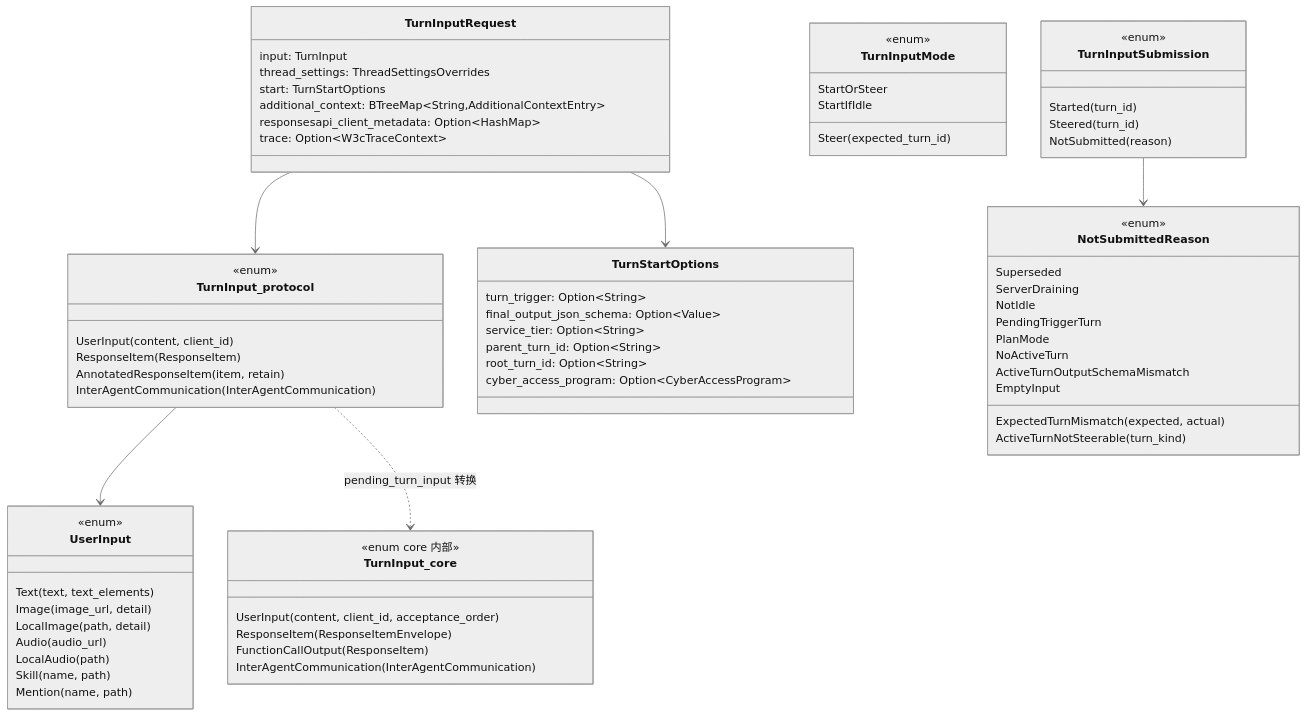
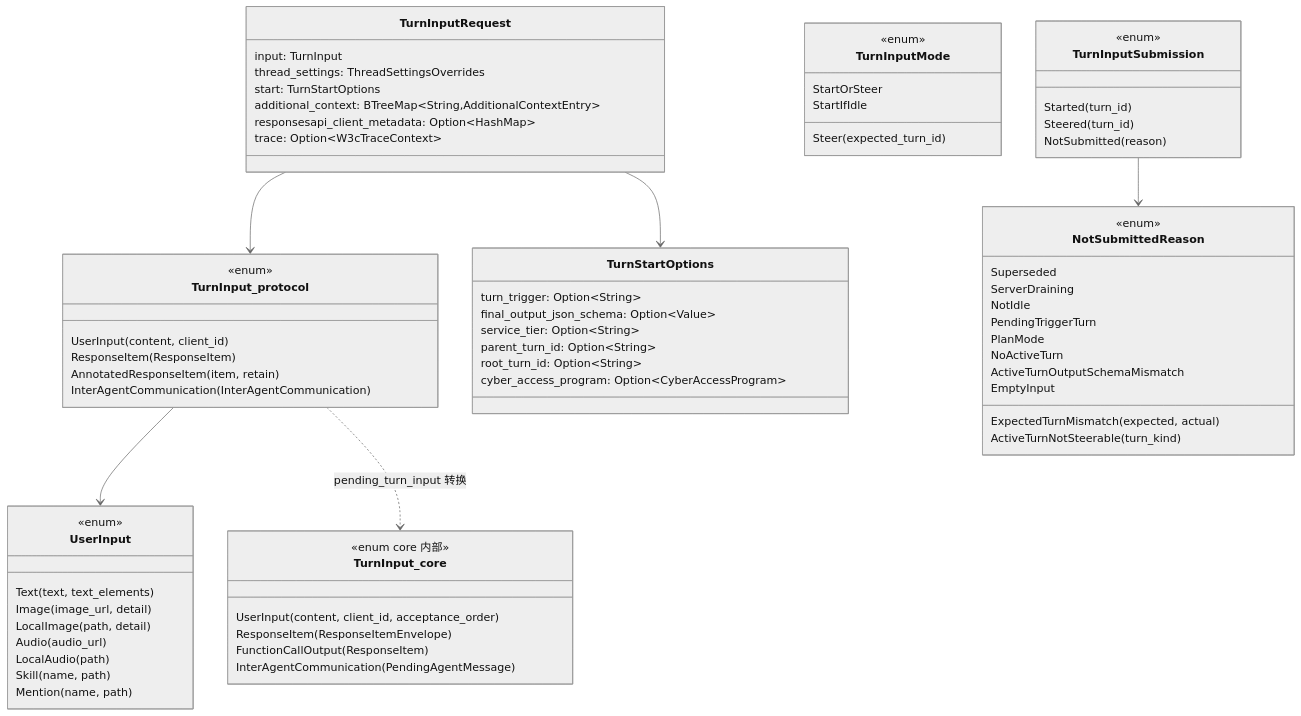
One commit to nickqiaoo/nickqiaoo.github.io changed the sixth of 32 diagrams in src/content/post/agents-codex/index.md. Above: the diagram before and after it, drawn with Mermaid (neutral theme). The commit also changed other lines of this file and 3 other files, not shown here.

````diff
--- a/src/content/post/agents-codex/index.md
+++ b/src/content/post/agents-codex/index.md
@@ -367,73 +369,73 @@
 ```mermaid
 classDiagram
   class UserInput {
     <<enum>>
     Text(text, text_elements)
     Image(image_url, detail)
     LocalImage(path, detail)
     Audio(audio_url)
     LocalAudio(path)
     Skill(name, path)
     Mention(name, path)
   }
   class TurnInputRequest {
     input: TurnInput
     thread_settings: ThreadSettingsOverrides
     start: TurnStartOptions
     additional_context: BTreeMap~String,AdditionalContextEntry~
     responsesapi_client_metadata: Option~HashMap~
     trace: Option~W3cTraceContext~
   }
   class TurnInput_protocol {
     <<enum>>
     UserInput(content, client_id)
     ResponseItem(ResponseItem)
     AnnotatedResponseItem(item, retain)
     InterAgentCommunication(InterAgentCommunication)
   }
   class TurnInputMode {
     <<enum>>
     StartOrSteer
     StartIfIdle
     Steer(expected_turn_id)
   }
   class TurnStartOptions {
     turn_trigger: Option~String~
     final_output_json_schema: Option~Value~
     service_tier: Option~String~
     parent_turn_id: Option~String~
     root_turn_id: Option~String~
     cyber_access_program: Option~CyberAccessProgram~
   }
   class TurnInputSubmission {
     <<enum>>
     Started(turn_id)
     Steered(turn_id)
     NotSubmitted(reason)
   }
   class NotSubmittedReason {
     <<enum>>
     Superseded
     ServerDraining
     NotIdle
     PendingTriggerTurn
     PlanMode
     NoActiveTurn
     ExpectedTurnMismatch(expected, actual)
     ActiveTurnNotSteerable(turn_kind)
     ActiveTurnOutputSchemaMismatch
     EmptyInput
   }
   class TurnInput_core {
     <<enum core 内部>>
     UserInput(content, client_id, acceptance_order)
     ResponseItem(ResponseItemEnvelope)
     FunctionCallOutput(ResponseItem)
-    InterAgentCommunication(InterAgentCommunication)
+    InterAgentCommunication(PendingAgentMessage)
   }
   TurnInputRequest --> TurnInput_protocol
   TurnInputRequest --> TurnStartOptions
   TurnInput_protocol --> UserInput
   TurnInputSubmission --> NotSubmittedReason
   TurnInput_protocol ..> TurnInput_core : pending_turn_input 转换
 ```
````
